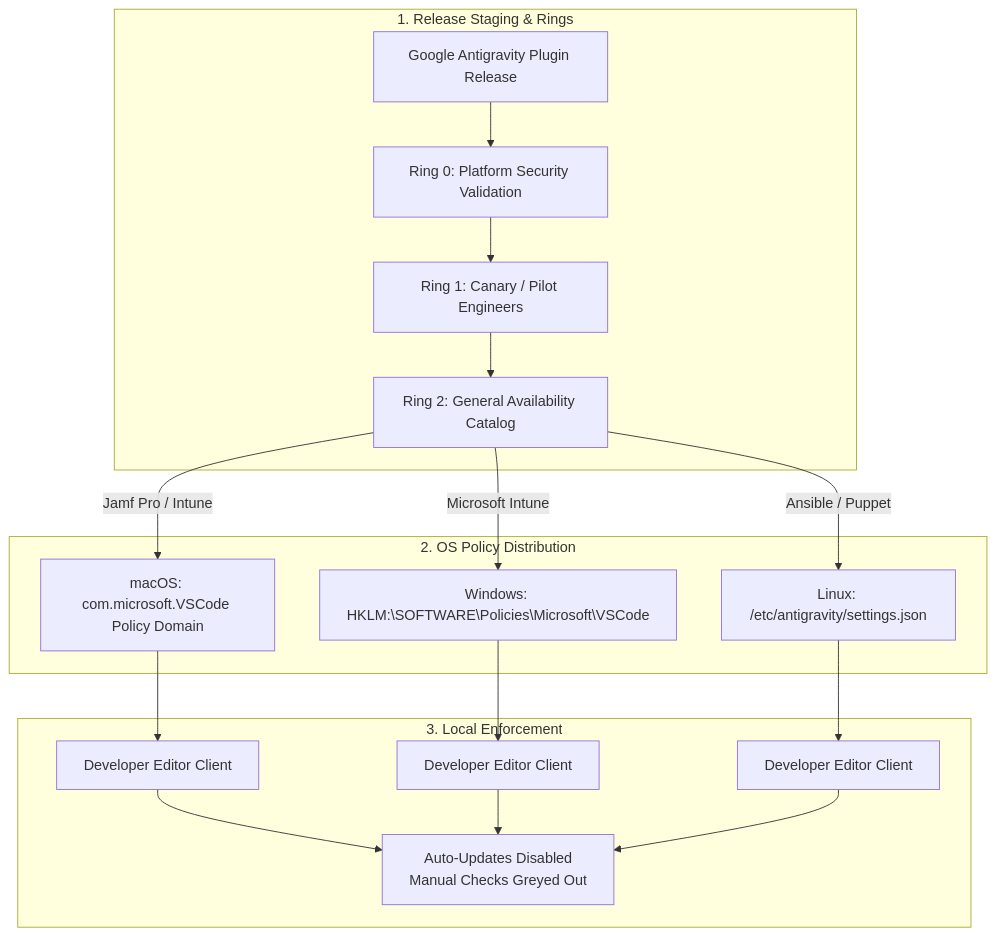
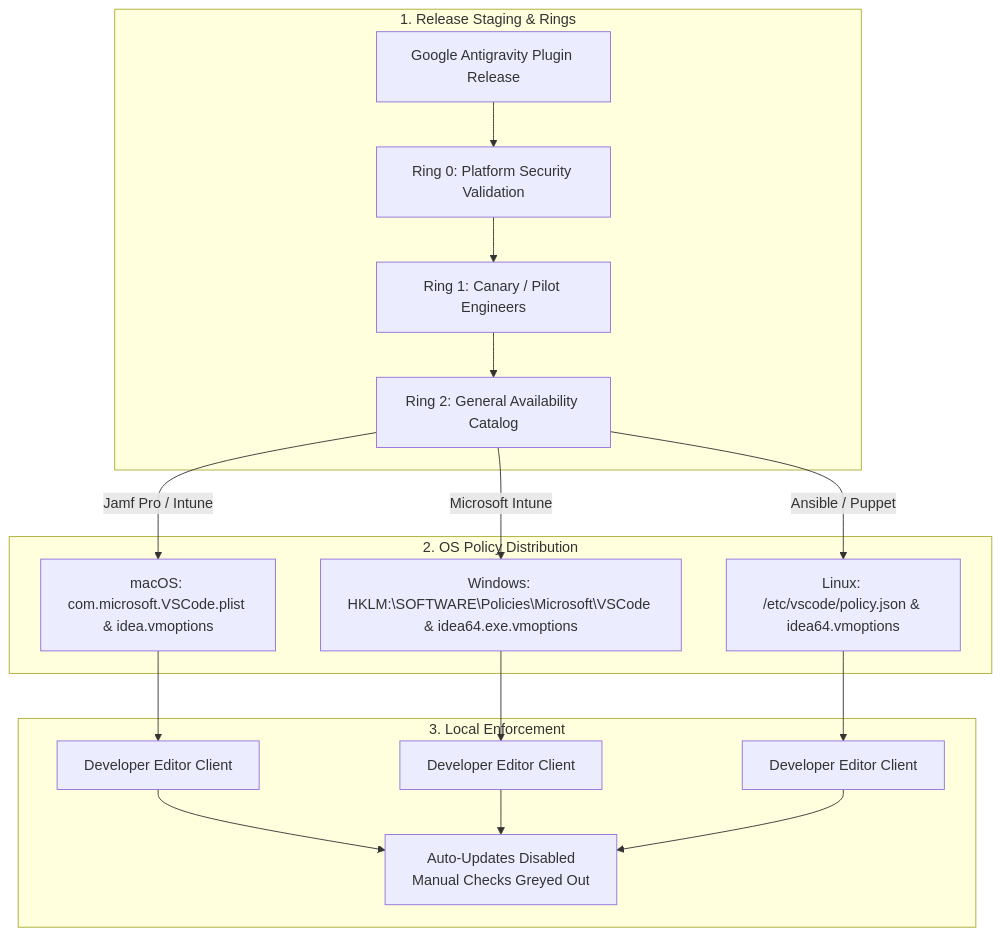
One commit to cemendes/antigravity-enterprise-rollout changed the second of 2 diagrams in docs/enterprise_governance_and_version_control.md. Above: the diagram before and after it, drawn with Mermaid. The commit also changed other lines of this file and 2 other files, not shown here.

Commit message:
feat(mdm): add validated VS Code and IntelliJ enterprise policy lock configurations

````diff
--- a/docs/enterprise_governance_and_version_control.md
+++ b/docs/enterprise_governance_and_version_control.md
@@ -93,24 +93,24 @@
 ```mermaid
 graph TD
     subgraph "1. Release Staging & Rings"
         Release[Google Antigravity Plugin Release] --> Ring0[Ring 0: Platform Security Validation]
         Ring0 --> Ring1[Ring 1: Canary / Pilot Engineers]
         Ring1 --> Ring2[Ring 2: General Availability Catalog]
     end
 
     subgraph "2. OS Policy Distribution"
-        Ring2 -->|Jamf Pro / Intune| MacPol[macOS: com.microsoft.VSCode Policy Domain]
-        Ring2 -->|Microsoft Intune| WinPol[Windows: HKLM:\SOFTWARE\Policies\Microsoft\VSCode]
-        Ring2 -->|Ansible / Puppet| LinPol[Linux: /etc/antigravity/settings.json]
+        Ring2 -->|Jamf Pro / Intune| MacPol[macOS: com.microsoft.VSCode.plist & idea.vmoptions]
+        Ring2 -->|Microsoft Intune| WinPol[Windows: HKLM:\SOFTWARE\Policies\Microsoft\VSCode & idea64.exe.vmoptions]
+        Ring2 -->|Ansible / Puppet| LinPol[Linux: /etc/vscode/policy.json & idea64.vmoptions]
     end
 
     subgraph "3. Local Enforcement"
         MacPol --> MacClient[Developer Editor Client]
         WinPol --> WinClient[Developer Editor Client]
         LinPol --> LinClient[Developer Editor Client]
 
         MacClient --> State[Auto-Updates Disabled<br/>Manual Checks Greyed Out]
         WinClient --> State
         LinClient --> State
     end
 ```
````
